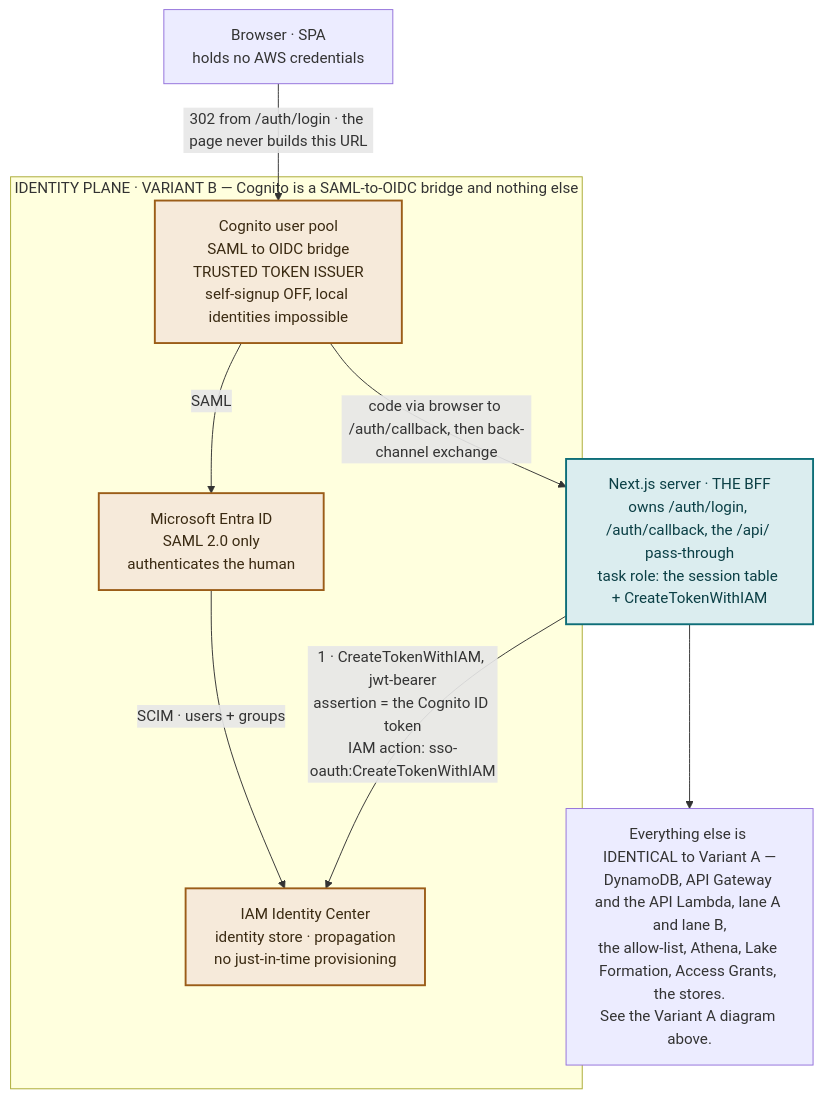
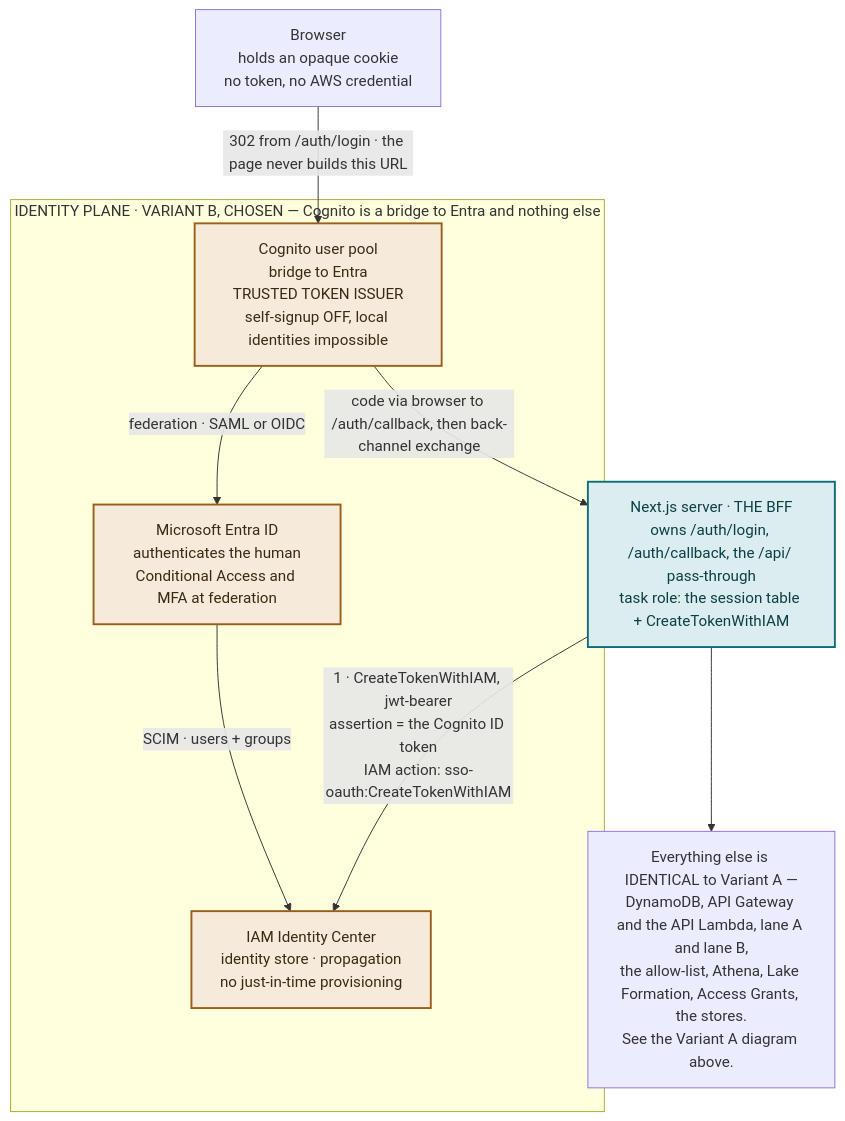
Before and after one commit to agriffi10/data-analysis-prototype: the second of 3 diagrams in docs/target-architecture-variants.md, drawn with Mermaid. The commit also changed other lines of this file and 1 other file, not shown here.

Commit message:
The transition plan chooses Variant B: Cognito federated to Entra (#1005)

````diff
--- a/docs/target-architecture-variants.md
+++ b/docs/target-architecture-variants.md
@@ -174,25 +181,25 @@
 ```mermaid
 flowchart TB
-  BR["Browser · SPA<br/>holds no AWS credentials"]
+  BR["Browser<br/>holds an opaque cookie<br/>no token, no AWS credential"]
 
-  subgraph IDPLANE["IDENTITY PLANE · VARIANT B — Cognito is a SAML-to-OIDC bridge and nothing else"]
-    COG["Cognito user pool<br/>SAML to OIDC bridge<br/>TRUSTED TOKEN ISSUER<br/>self-signup OFF, local identities impossible"]
-    ENTRA["Microsoft Entra ID<br/>SAML 2.0 only<br/>authenticates the human"]
+  subgraph IDPLANE["IDENTITY PLANE · VARIANT B, CHOSEN — Cognito is a bridge to Entra and nothing else"]
+    COG["Cognito user pool<br/>bridge to Entra<br/>TRUSTED TOKEN ISSUER<br/>self-signup OFF, local identities impossible"]
+    ENTRA["Microsoft Entra ID<br/>authenticates the human<br/>Conditional Access and MFA at federation"]
     IDC["IAM Identity Center<br/>identity store · propagation<br/>no just-in-time provisioning"]
-    COG -->|"SAML"| ENTRA
+    COG -->|"federation · SAML or OIDC"| ENTRA
     ENTRA -->|"SCIM · users + groups"| IDC
   end
 
   WEB["Next.js server · THE BFF<br/>owns /auth/login, /auth/callback, the /api/ pass-through<br/>task role: the session table + CreateTokenWithIAM"]
   SAME["Everything else is IDENTICAL to Variant A —<br/>DynamoDB, API Gateway and the API Lambda, lane A and lane B,<br/>the allow-list, Athena, Lake Formation, Access Grants, the stores.<br/>See the Variant A diagram above."]
 
   BR -->|"302 from /auth/login · the page never builds this URL"| COG
   COG -->|"code via browser to /auth/callback, then back-channel exchange"| WEB
   WEB -->|"1 · CreateTokenWithIAM, jwt-bearer<br/>assertion = the Cognito ID token<br/>IAM action: sso-oauth:CreateTokenWithIAM"| IDC
   WEB --> SAME
 
   classDef variant fill:#F6EADA,stroke:#9B5D18,stroke-width:2px,color:#3A2A12
   classDef session fill:#DBEDEF,stroke:#0E6E78,stroke-width:2px,color:#0B3F45
   class COG,ENTRA,IDC variant
   class WEB session
 ```
````
